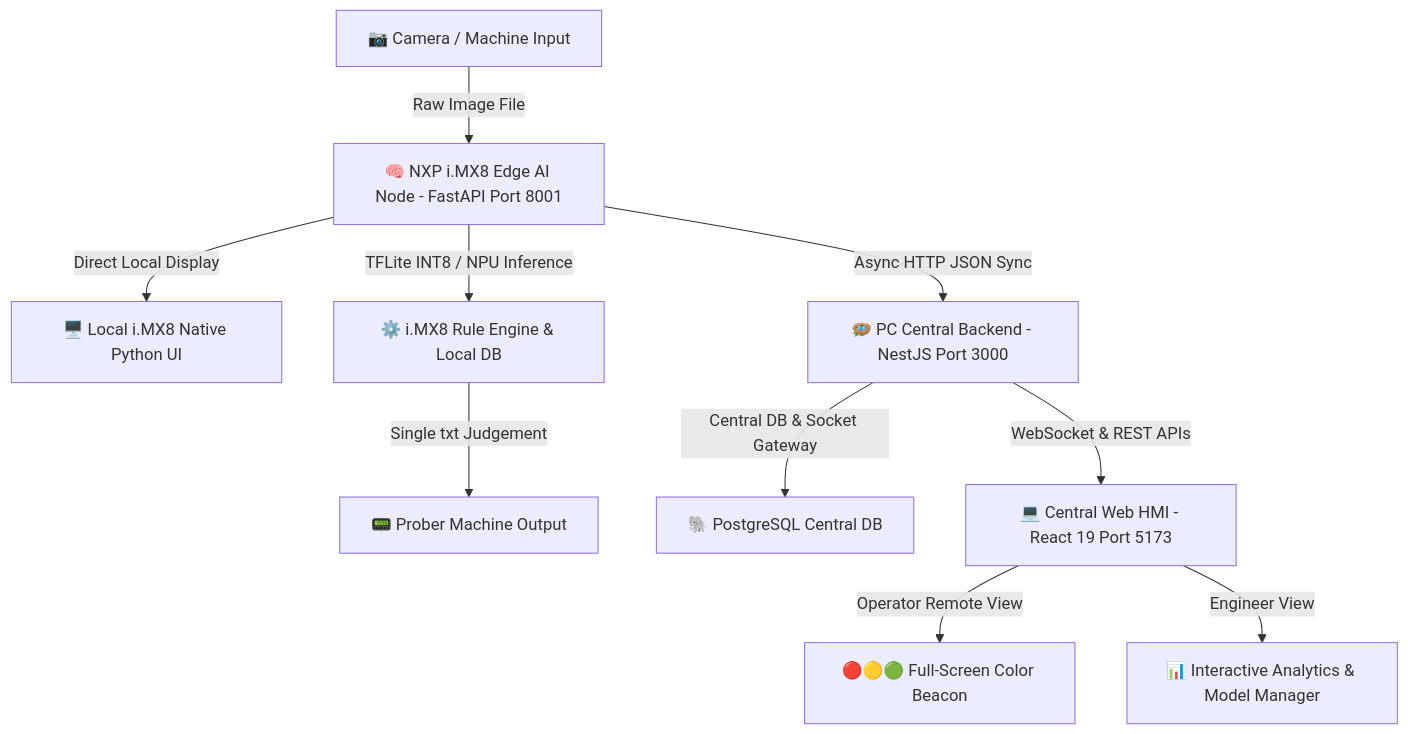
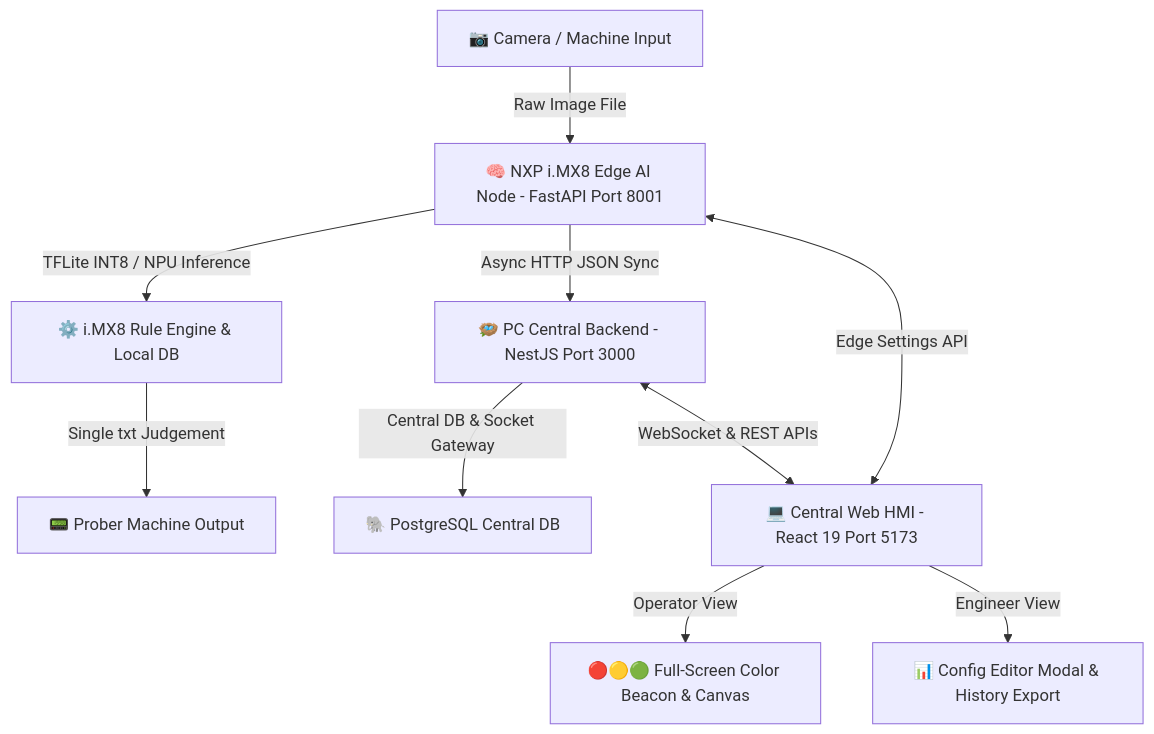
The diagram in README.md (kasidetnxp/AI_inspection_1by1), drawn with Mermaid before and after one commit. The commit also changed other lines of this file, not shown here.

Commit message:
docs: comprehensively rewrite README with updated architecture, startup instructions, and features

````diff
--- a/README.md
+++ b/README.md
@@ -20,12 +18,12 @@
 ```mermaid
 graph TD
     A[📷 Camera / Machine Input] -->|Raw Image File| B[🧠 NXP i.MX8 Edge AI Node - FastAPI Port 8001]
-    B -->|Direct Local Display| C[🖥️ Local i.MX8 Native Python UI]
-    B -->|TFLite INT8 / NPU Inference| D[⚙️ i.MX8 Rule Engine & Local DB]
-    D -->|Single txt Judgement| E[📟 Prober Machine Output]
-    B -->|Async HTTP JSON Sync| F[🪺 PC Central Backend - NestJS Port 3000]
-    F -->|Central DB & Socket Gateway| G[🐘 PostgreSQL Central DB]
-    F -->|WebSocket & REST APIs| H[💻 Central Web HMI - React 19 Port 5173]
-    H -->|Operator Remote View| I[🔴🟡🟢 Full-Screen Color Beacon]
-    H -->|Engineer View| J[📊 Interactive Analytics & Model Manager]
+    B -->|TFLite INT8 / NPU Inference| C[⚙️ i.MX8 Rule Engine & Local DB]
+    C -->|Single txt Judgement| D[📟 Prober Machine Output]
+    B -->|Async HTTP JSON Sync| E[🪺 PC Central Backend - NestJS Port 3000]
+    E -->|Central DB & Socket Gateway| F[🐘 PostgreSQL Central DB]
+    E <-->|WebSocket & REST APIs| G[💻 Central Web HMI - React 19 Port 5173]
+    B <-->|Edge Settings API| G
+    G -->|Operator View| H[🔴🟡🟢 Full-Screen Color Beacon & Canvas]
+    G -->|Engineer View| I[📊 Config Editor Modal & History Export]
 ```
````
